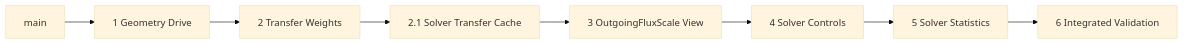
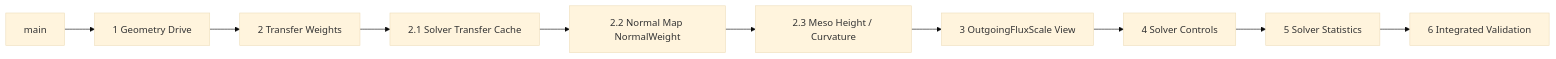
One commit to Yonaim/Material-Dependent-Surface-State-Engine changed the second of 2 diagrams in Docs/MDSSP-Vault/02_Planning/02_Weekly-Details/Week-05/0000_Week5-Branch-Plan.md. Above: the diagram before and after it, drawn with Mermaid (base theme). The commit also changed other lines of this file and 11 other files, not shown here.

````diff
--- a/Docs/MDSSP-Vault/02_Planning/02_Weekly-Details/Week-05/0000_Week5-Branch-Plan.md
+++ b/Docs/MDSSP-Vault/02_Planning/02_Weekly-Details/Week-05/0000_Week5-Branch-Plan.md
@@ -125,10 +128,12 @@
 ```mermaid
 flowchart LR
     Main[main] --> B1[1 Geometry Drive]
     B1 --> B2[2 Transfer Weights]
     B2 --> B21[2.1 Solver Transfer Cache]
-    B21 --> B3[3 OutgoingFluxScale View]
+    B21 --> B22[2.2 Normal Map NormalWeight]
+    B22 --> B23[2.3 Meso Height / Curvature]
+    B23 --> B3[3 OutgoingFluxScale View]
     B3 --> B4[4 Solver Controls]
     B4 --> B5[5 Solver Statistics]
     B5 --> B6[6 Integrated Validation]
 ```
````
